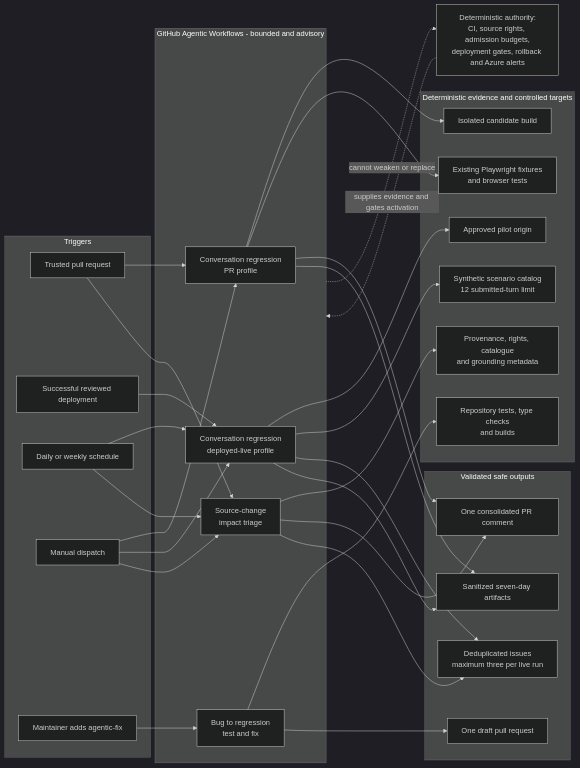
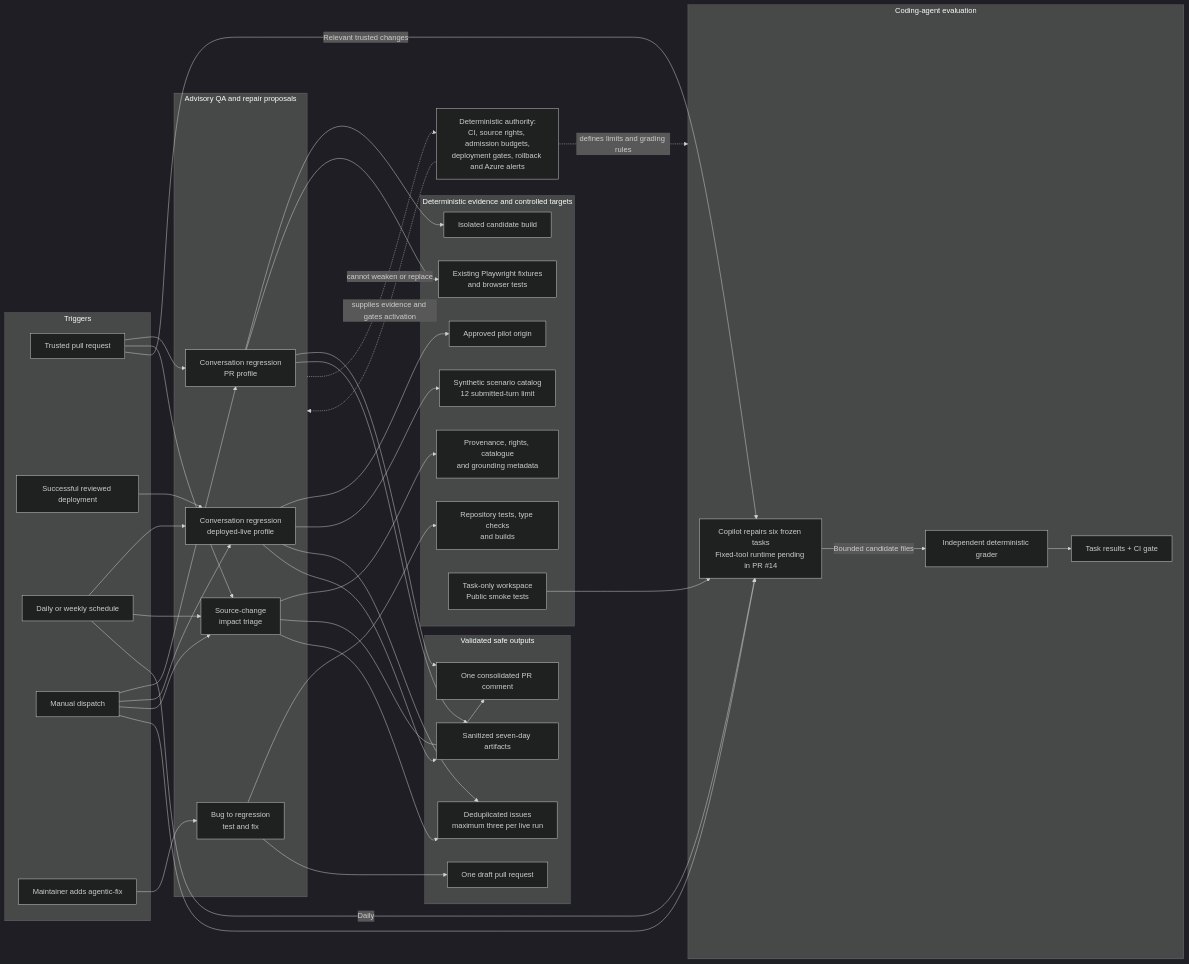
The first of 4 diagrams in docs/agentic-workflows.md (Ve-Sharma-Labs/bc-gov-ai-homepage), drawn with Mermaid (dark theme) before and after one commit. The commit also changed other lines of this file and 3 other files, not shown here.

Commit message:
Clarify evaluation architecture and CI documentation

````diff
--- a/docs/agentic-workflows.md
+++ b/docs/agentic-workflows.md
@@ -57,62 +62,76 @@
 ```mermaid
 flowchart LR
     subgraph Triggers
         PR[Trusted pull request]
         DEPLOY[Successful reviewed deployment]
         TIMER[Daily or weekly schedule]
         MANUAL[Manual dispatch]
         LABEL[Maintainer adds agentic-fix]
     end
 
-    subgraph Agentic["GitHub Agentic Workflows - bounded and advisory"]
+    subgraph Agentic["Advisory QA and repair proposals"]
         PRQA[Conversation regression<br/>PR profile]
         LIVEQA[Conversation regression<br/>deployed-live profile]
         SOURCE[Source-change<br/>impact triage]
         FIX[Bug to regression<br/>test and fix]
+    end
+
+    subgraph CodingEval["Coding-agent evaluation"]
+        CODING["Copilot repairs six frozen tasks<br/>Fixed-tool runtime pending in PR #14"]
+        GRADE["Independent deterministic grader"]
+        EVALRESULT["Task results + CI gate"]
     end
 
     subgraph Evidence["Deterministic evidence and controlled targets"]
         BUILD[Isolated candidate build]
         FIXTURES[Existing Playwright fixtures<br/>and browser tests]
         PILOT[Approved pilot origin]
         SCENARIOS[Synthetic scenario catalog<br/>12 submitted-turn limit]
         PROVENANCE[Provenance, rights, catalogue<br/>and grounding metadata]
         TESTS[Repository tests, type checks<br/>and builds]
+        KIT["Task-only workspace<br/>Public smoke tests"]
     end
 
     subgraph SafeOutputs["Validated safe outputs"]
         PRCOMMENT[One consolidated PR comment]
         ISSUES[Deduplicated issues<br/>maximum three per live run]
         ARTIFACTS[Sanitized seven-day artifacts]
         DRAFT[One draft pull request]
     end
 
     PR --> PRQA
     MANUAL --> PRQA
     DEPLOY --> LIVEQA
     TIMER --> LIVEQA
     MANUAL --> LIVEQA
     PR --> SOURCE
     TIMER --> SOURCE
     MANUAL --> SOURCE
     LABEL --> FIX
+    PR -->|"Relevant trusted changes"| CODING
+    TIMER -->|"Daily"| CODING
+    MANUAL --> CODING
 
     PRQA --> BUILD
     PRQA --> FIXTURES
     LIVEQA --> PILOT
     LIVEQA --> SCENARIOS
     SOURCE --> PROVENANCE
     FIX --> TESTS
+    KIT --> CODING
+    CODING -->|"Bounded candidate files"| GRADE
+    GRADE --> EVALRESULT
 
     PRQA --> PRCOMMENT
     PRQA --> ARTIFACTS
     LIVEQA --> ISSUES
     LIVEQA --> ARTIFACTS
     SOURCE --> PRCOMMENT
     SOURCE --> ISSUES
     FIX --> DRAFT
 
     CONTROLS[Deterministic authority:<br/>CI, source rights, admission budgets,<br/>deployment gates, rollback and Azure alerts]
     CONTROLS -. supplies evidence and gates activation .-> Agentic
     Agentic -. cannot weaken or replace .-> CONTROLS
+    CONTROLS -. defines limits and grading rules .-> CodingEval
 ```
````
